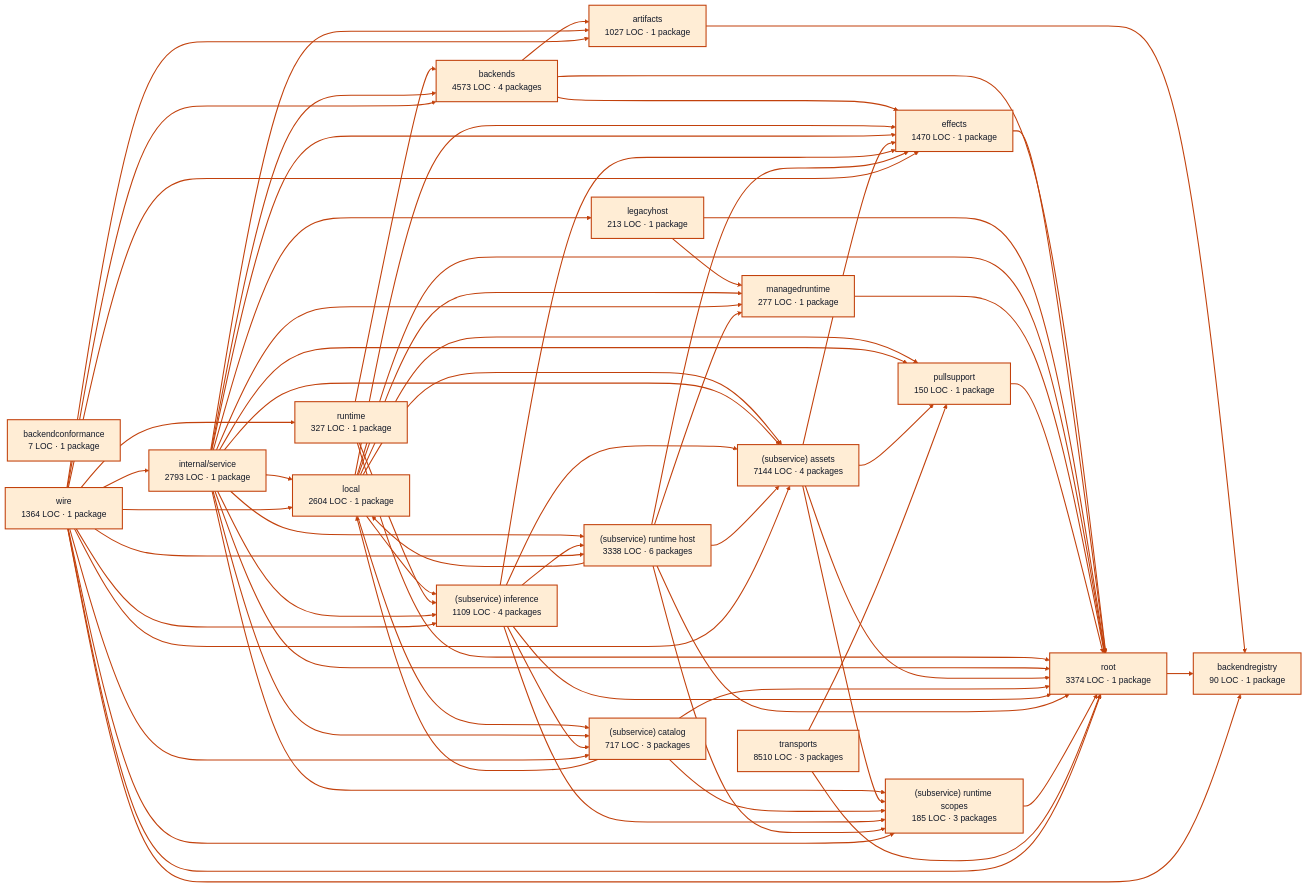
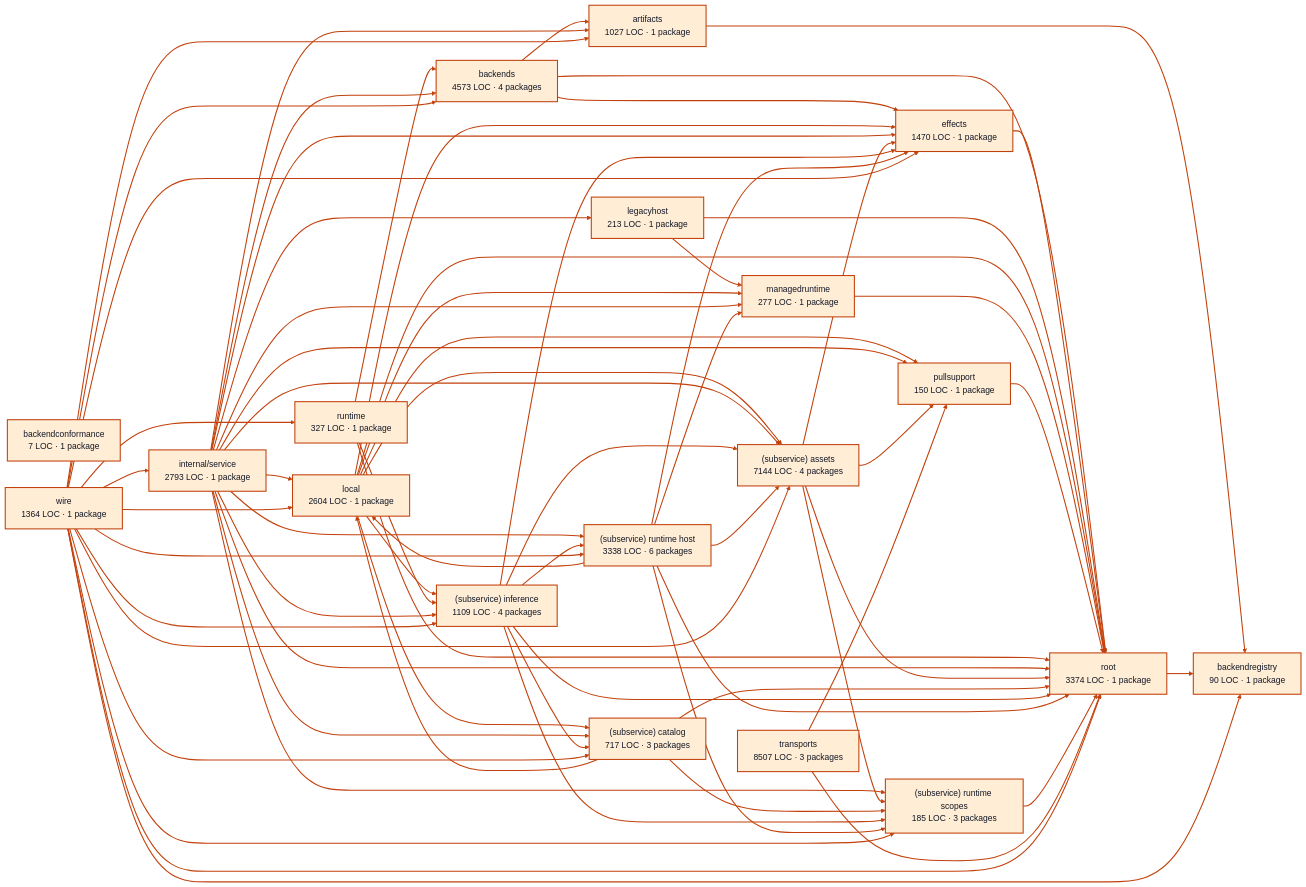
One commit to portpowered/you-agent-factory changed the diagram in docs/architecture/visualizations/services/models.md. Above: the diagram before and after it, drawn with Mermaid. The commit also changed other lines of this file and 20 other files, not shown here.

Commit message:
docs: refresh backend architecture visualizations

```diff
--- a/docs/architecture/visualizations/services/models.md
+++ b/docs/architecture/visualizations/services/models.md
@@ -27,7 +27,7 @@
   p14["(subservice) runtime host<br/>3338 LOC · 6 packages"]
   p15["(subservice) runtime scopes<br/>185 LOC · 3 packages"]
   p16["root<br/>3374 LOC · 1 package"]
-  p17["transports<br/>8510 LOC · 3 packages"]
+  p17["transports<br/>8507 LOC · 3 packages"]
   p18["wire<br/>1364 LOC · 1 package"]
   p0 --> p2
   p3 --> p0
```
